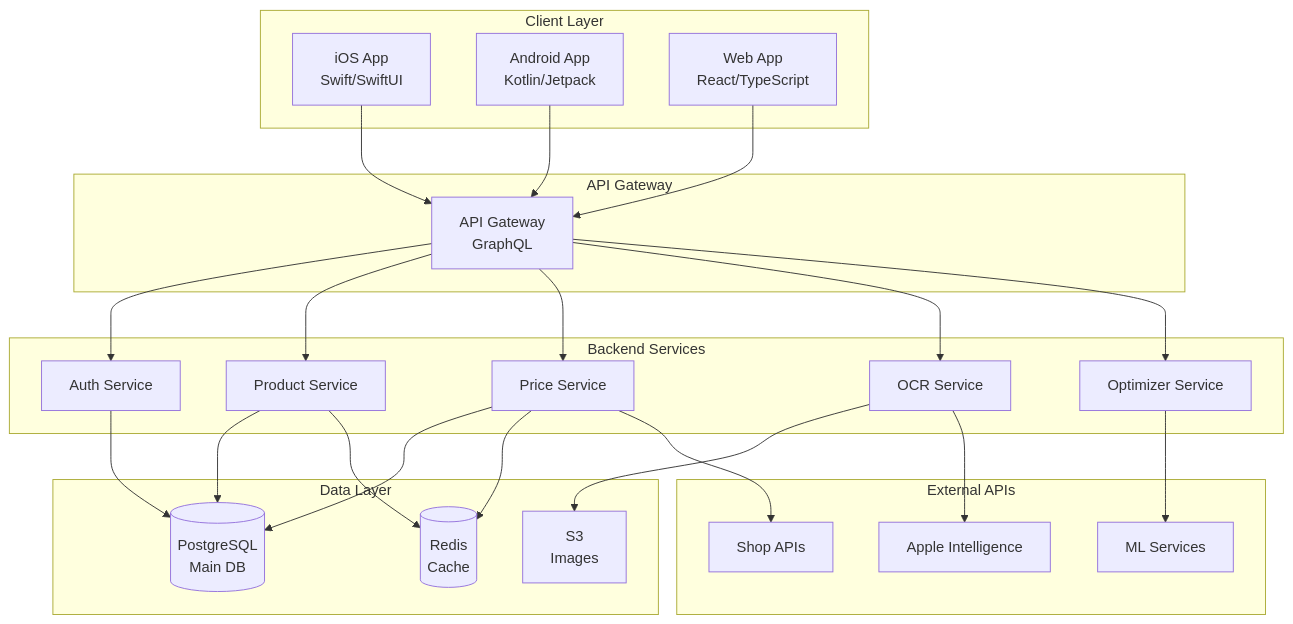
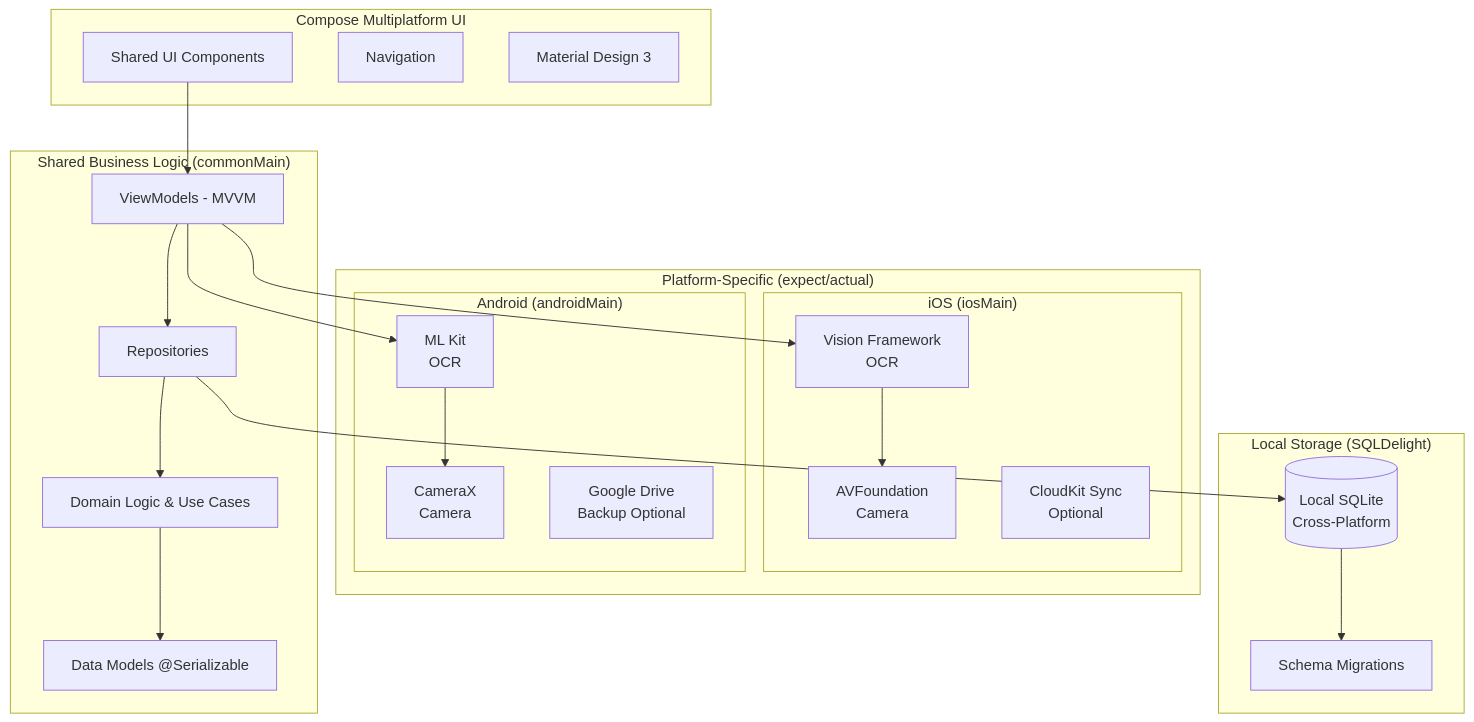
The second of 2 diagrams in spec/ExecutiveSummary.md (mpwg/AllesTeurer), drawn with Mermaid before and after one commit. The commit also changed other lines of this file and 73 other files, not shown here.

````diff
--- a/spec/ExecutiveSummary.md
+++ b/spec/ExecutiveSummary.md
@@ -256,52 +335,47 @@
 ```mermaid
 graph TB
-    subgraph "Client Layer"
-        iOS[iOS App<br/>Swift/SwiftUI]
-        Android[Android App<br/>Kotlin/Jetpack]
-        Web[Web App<br/>React/TypeScript]
+    subgraph "Compose Multiplatform UI"
+        UI[Shared UI Components]
+        NAV[Navigation]
+        THEME[Material Design 3]
     end
 
-    subgraph "API Gateway"
-        Gateway[API Gateway<br/>GraphQL]
+    subgraph "Shared Business Logic (commonMain)"
+        VM[ViewModels - MVVM]
+        REPOS[Repositories]
+        DOMAIN[Domain Logic & Use Cases]
+        MODELS[Data Models @Serializable]
     end
 
-    subgraph "Backend Services"
-        Auth[Auth Service]
-        Product[Product Service]
-        Price[Price Service]
-        OCR[OCR Service]
-        Optimizer[Optimizer Service]
+    subgraph "Platform-Specific (expect/actual)"
+        subgraph "iOS (iosMain)"
+            VISION[Vision Framework<br/>OCR]
+            IOS_CAM[AVFoundation<br/>Camera]
+            CLOUDKIT[CloudKit Sync<br/>Optional]
+        end
+
+        subgraph "Android (androidMain)"
+            MLKIT[ML Kit<br/>OCR]
+            AND_CAM[CameraX<br/>Camera]
+            GDRIVE[Google Drive<br/>Backup Optional]
+        end
     end
 
-    subgraph "Data Layer"
-        PG[(PostgreSQL<br/>Main DB)]
-        Redis[(Redis<br/>Cache)]
-        S3[S3<br/>Images]
+    subgraph "Local Storage (SQLDelight)"
+        DB[(Local SQLite<br/>Cross-Platform)]
+        MIGRATIONS[Schema Migrations]
     end
 
-    subgraph "External APIs"
-        Apple[Apple Intelligence]
-        Shops[Shop APIs]
-        ML[ML Services]
-    end
+    UI --> VM
+    VM --> REPOS
+    REPOS --> DOMAIN
+    DOMAIN --> MODELS
 
-    iOS --> Gateway
-    Android --> Gateway
-    Web --> Gateway
-    Gateway --> Auth
-    Gateway --> Product
-    Gateway --> Price
-    Gateway --> OCR
-    Gateway --> Optimizer
+    VM --> VISION
+    VM --> MLKIT
+    REPOS --> DB
 
-    Product --> PG
-    Price --> PG
-    Auth --> PG
-    Product --> Redis
-    Price --> Redis
-
-    OCR --> S3
-    OCR --> Apple
-    Price --> Shops
-    Optimizer --> ML
+    VISION --> IOS_CAM
+    MLKIT --> AND_CAM
+    DB --> MIGRATIONS
 ```
````
